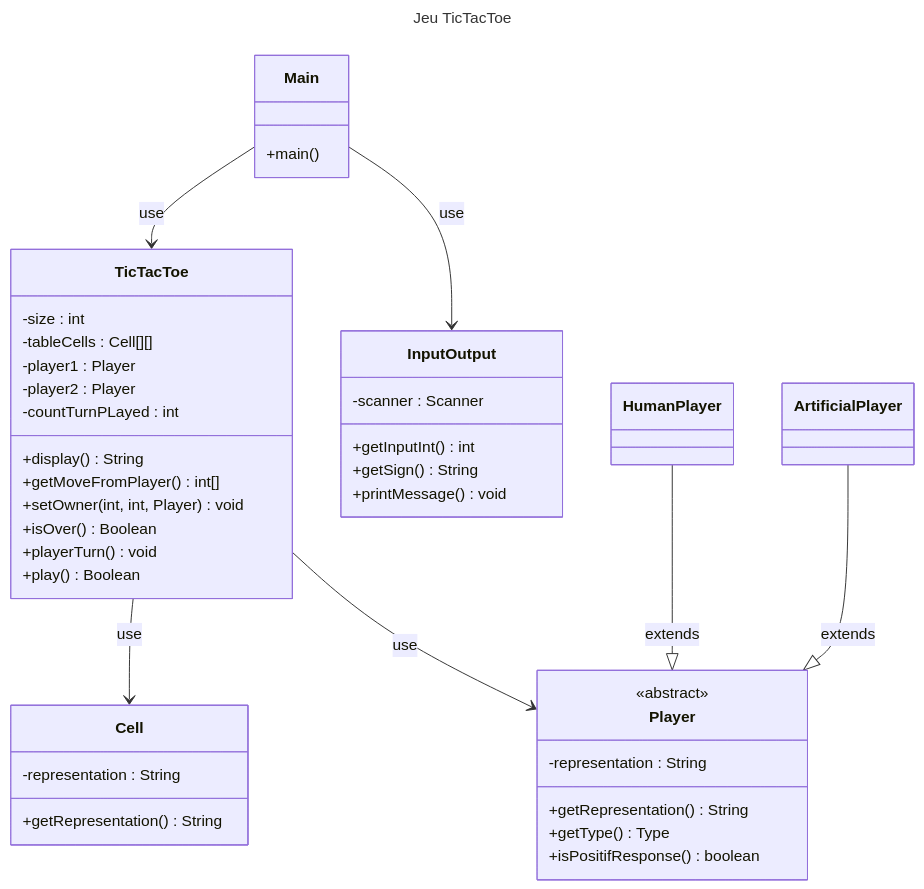
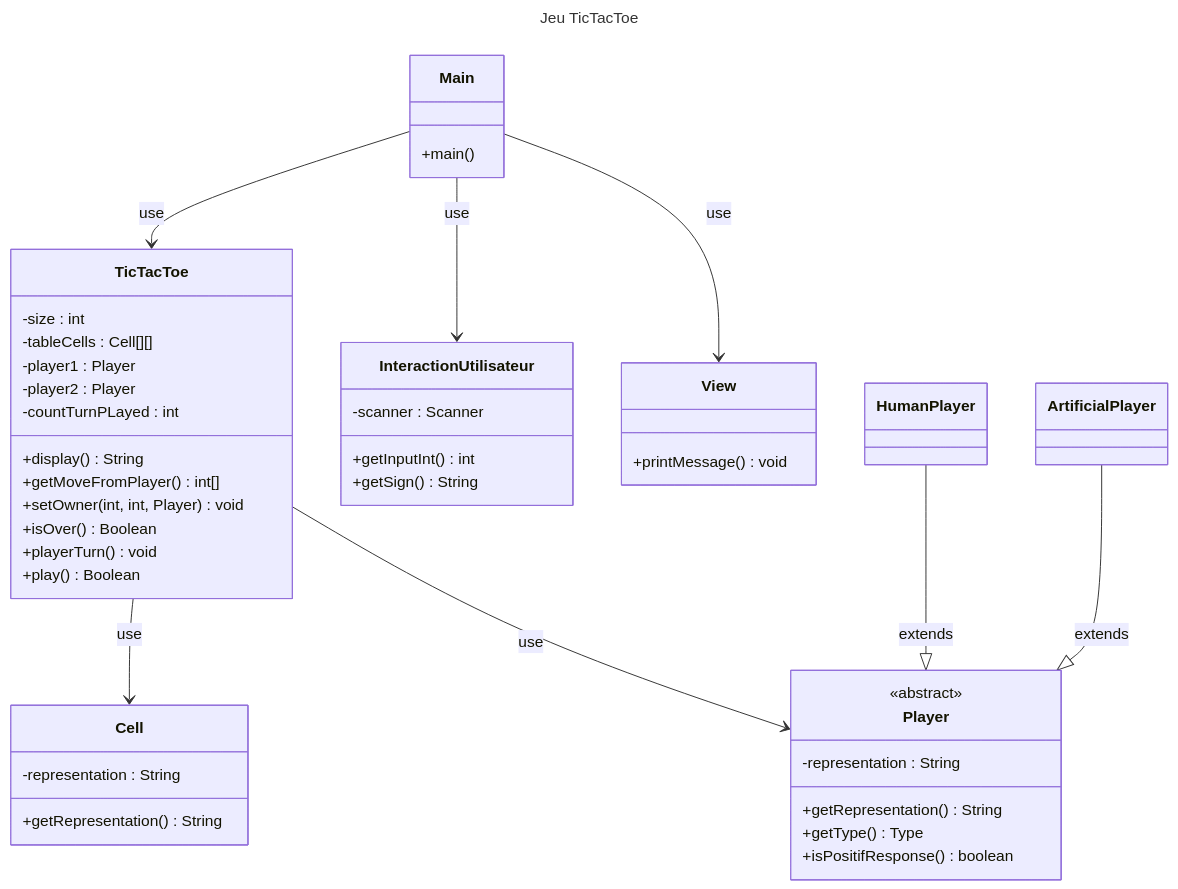
One commit to GeraudClmt/Square-Game changed the diagram in readme.md. Above: the diagram before and after it, drawn with Mermaid. The commit also changed 4 other files, not shown here.

Commit message:
Separation logique entrée utilisateur et impression de message

````diff
--- a/readme.md
+++ b/readme.md
@@ -26,52 +26,55 @@
 ```mermaid
 ---
 title: Jeu TicTacToe
 ---
 classDiagram
 		TicTacToe --> Cell : use
 		TicTacToe --> Player : use
 		Main --> TicTacToe : use
-		Main --> InputOutput : use
+		Main --> InteractionUtilisateur : use
+        Main --> View : use
 		HumanPlayer --|> Player : extends
         ArtificialPlayer --|> Player : extends
 		class Main{
 				+main()
 		}
     class Cell{
 		    -representation : String
         +getRepresentation()String
     }
     class TicTacToe{
 		    -size : int
 		    -tableCells : Cell[][]
 		    -player1 : Player
 		    -player2 : Player
 		    -countTurnPLayed : int
         +display() String
         +getMoveFromPlayer() int[]
         +setOwner(int, int, Player) void
         +isOver() Boolean
         +playerTurn() void
         +play() Boolean
     }
     class  Player{
             <<abstract>>
 		    -representation : String
 		    +getRepresentation() String
 		    +getType() Type
 		    +isPositifResponse() boolean
     }
-    class InputOutput{
+    class InteractionUtilisateur{
 		    -scanner : Scanner
 		    +getInputInt() int
 		    +getSign() String
-		    +printMessage() void
 
+    }
+    class View{
+        +printMessage() void
     }
     class HumanPlayer{
         
     }
     class ArtificialPlayer{
         
     }
 ```
````
